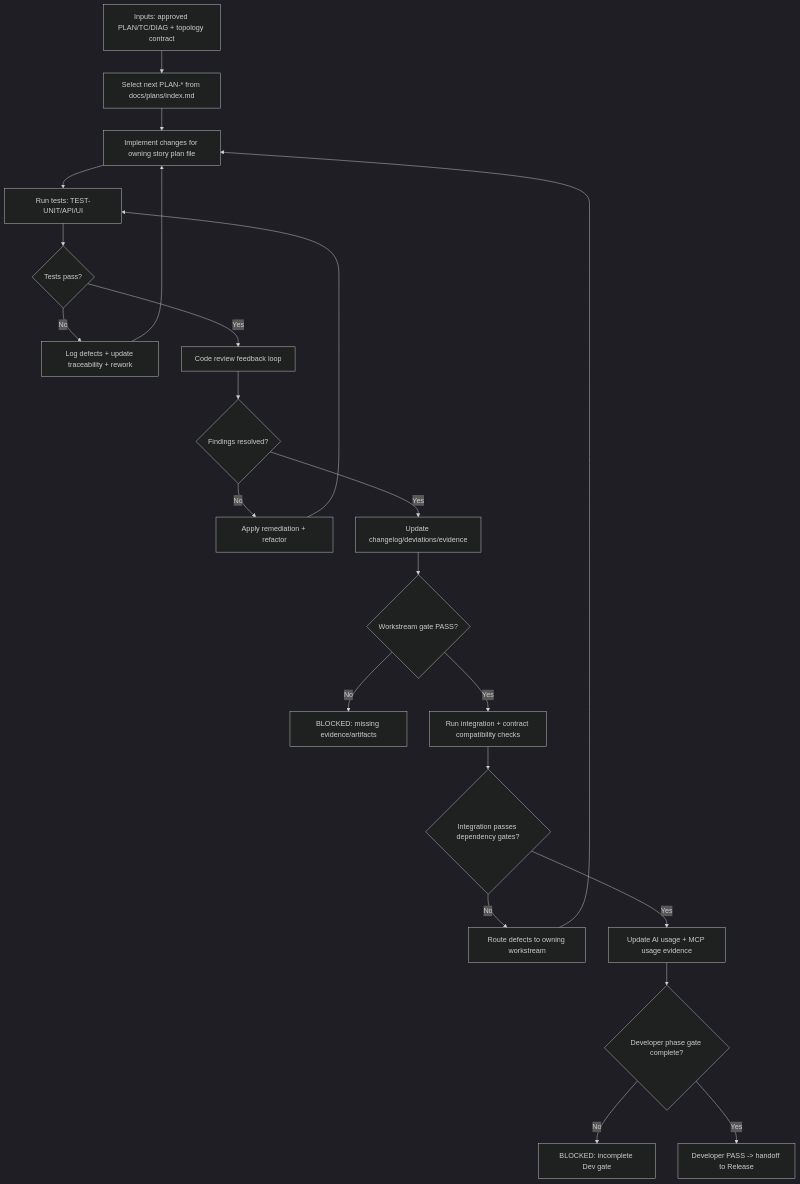
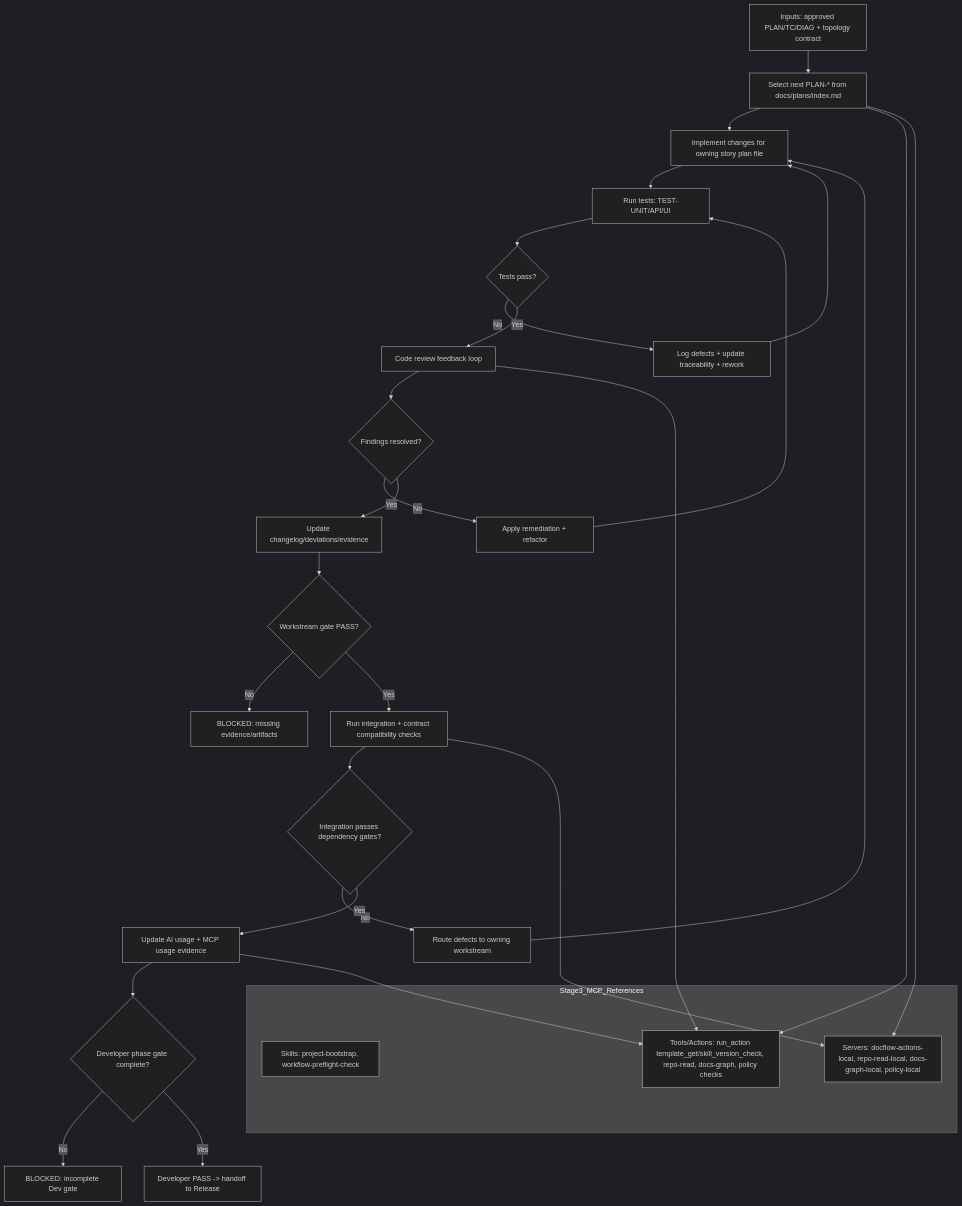
The diagram in ProcessDocs/stage-03-developer.mmd (orbsfoc/iqpe-governance-workflow), drawn with Mermaid (dark theme) before and after one commit. The commit also changed 4 other files, not shown here.

Commit message:
Annotate stage diagrams with MCP servers, tools, and skills

```diff
--- a/ProcessDocs/stage-03-developer.mmd
+++ b/ProcessDocs/stage-03-developer.mmd
@@ -1,27 +1,39 @@
 flowchart TD
     D0[Inputs: approved PLAN/TC/DIAG + topology contract] --> D1[Select next PLAN-* from docs/plans/index.md]
     D1 --> D2[Implement changes for owning story plan file]
     D2 --> D3[Run tests: TEST-UNIT/API/UI]
 
     D3 --> T1{Tests pass?}
     T1 -- No --> F1[Log defects + update traceability + rework]
     F1 --> D2
 
     T1 -- Yes --> D4[Code review feedback loop]
     D4 --> R1{Findings resolved?}
     R1 -- No --> D5[Apply remediation + refactor]
     D5 --> D3
 
     R1 -- Yes --> D6[Update changelog/deviations/evidence]
     D6 --> G1{Workstream gate PASS?}
     G1 -- No --> B1[BLOCKED: missing evidence/artifacts]
 
     G1 -- Yes --> D7[Run integration + contract compatibility checks]
     D7 --> I1{Integration passes dependency gates?}
     I1 -- No --> F2[Route defects to owning workstream]
     F2 --> D2
 
     I1 -- Yes --> D8[Update AI usage + MCP usage evidence]
     D8 --> G2{Developer phase gate complete?}
     G2 -- No --> B2[BLOCKED: incomplete Dev gate]
     G2 -- Yes --> PASS[Developer PASS -> handoff to Release]
+
+        subgraph Stage3_MCP_References
+            SK3[Skills: project-bootstrap, workflow-preflight-check]
+            T3A[Tools/Actions: run_action template_get/skill_version_check, repo-read, docs-graph, policy checks]
+            SV3[Servers: docflow-actions-local, repo-read-local, docs-graph-local, policy-local]
+        end
+
+        D1 --> T3A
+        D1 --> SV3
+        D4 --> T3A
+        D7 --> SV3
+        D8 --> T3A
```
